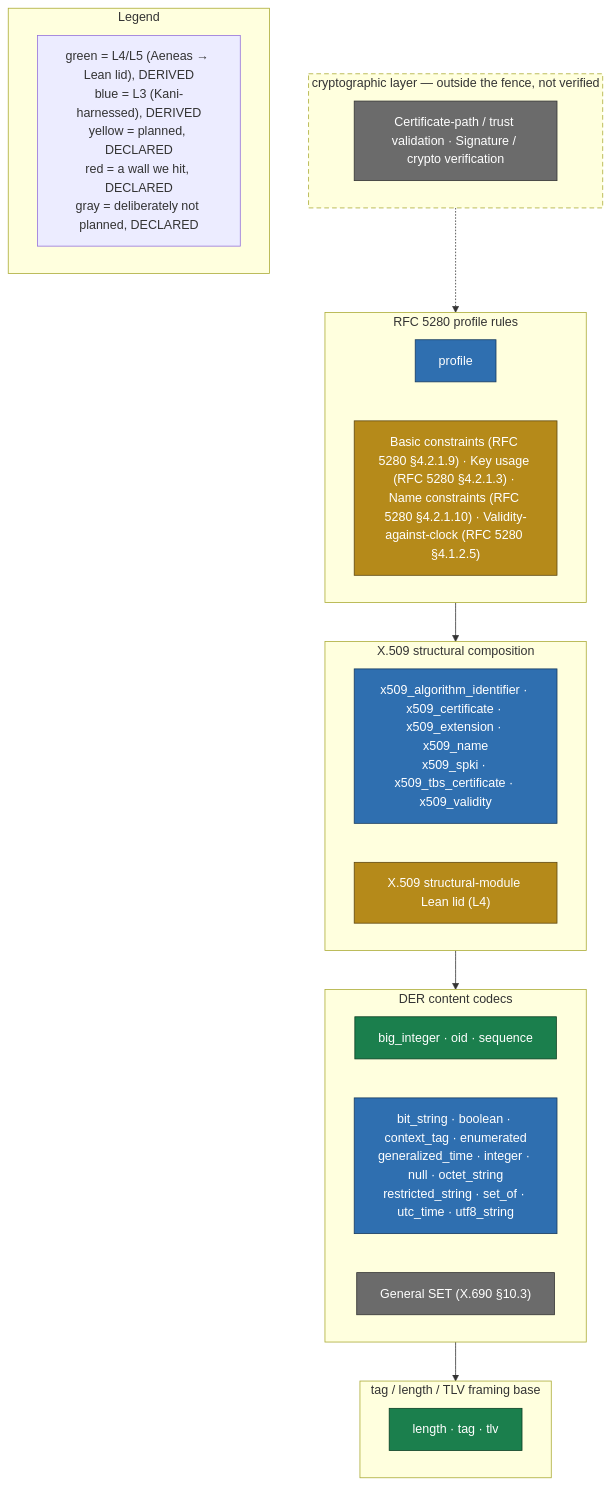
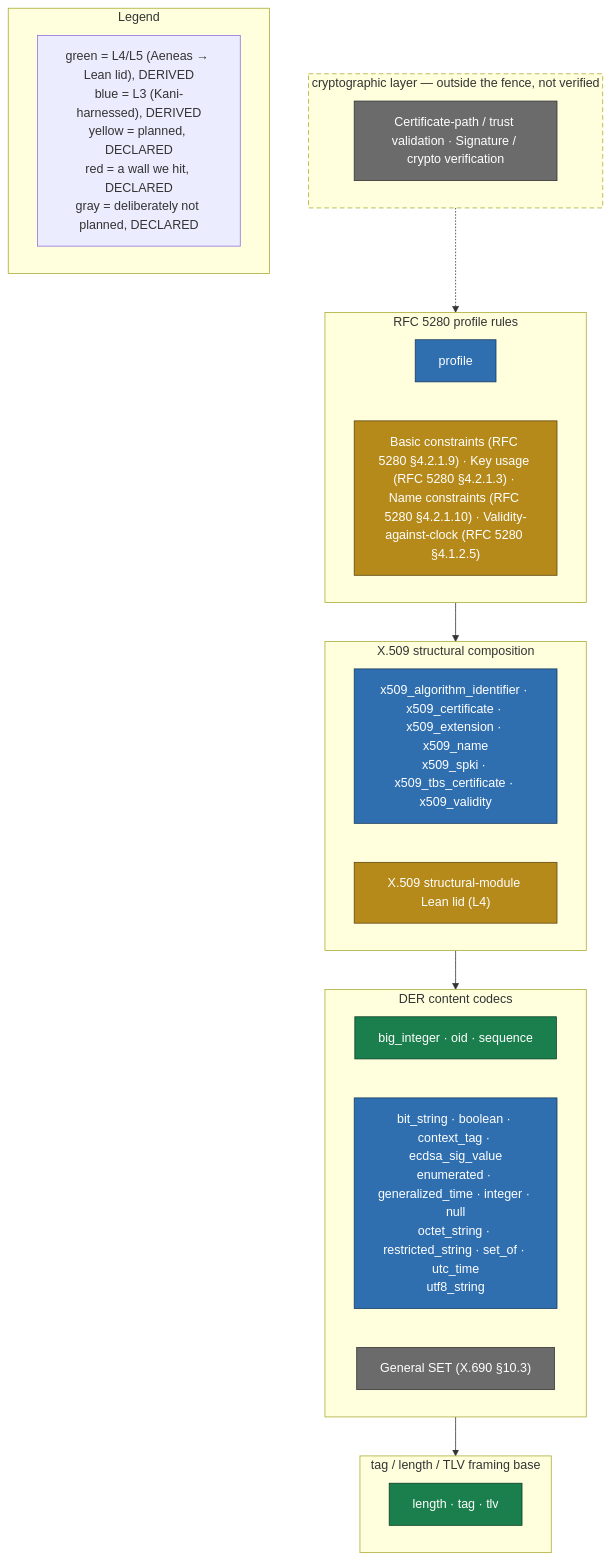
The diagram in README.md (ivmat/rs-verified-der), drawn with Mermaid before and after one commit. The commit also changed other lines of this file and 10 other files, not shown here.

````diff
--- a/README.md
+++ b/README.md
@@ -70,40 +77,40 @@
 ```mermaid
 flowchart TB
     classDef green fill:#1b7f4d,stroke:#0a3d22,color:#ffffff
     classDef blue fill:#2f6fb0,stroke:#173a5e,color:#ffffff
     classDef yellow fill:#b58a1a,stroke:#5c4610,color:#ffffff
     classDef red fill:#b3382a,stroke:#5c1a10,color:#ffffff
     classDef gray fill:#6b6b6b,stroke:#333333,color:#ffffff
 
     subgraph crypto_layer["cryptographic layer — outside the fence, not verified"]
         direction LR
         style crypto_layer stroke-dasharray: 6 4
         crypto_gray["Certificate-path / trust validation · Signature / crypto verification"]:::gray
     end
     subgraph profile_layer["RFC 5280 profile rules"]
         direction LR
         profile_blue["profile"]:::blue
         profile_yellow["Basic constraints (RFC 5280 §4.2.1.9) · Key usage (RFC 5280 §4.2.1.3) · Name constraints (RFC 5280 §4.2.1.10) · Validity-against-clock (RFC 5280 §4.1.2.5)"]:::yellow
     end
     subgraph structural_layer["X.509 structural composition"]
         direction LR
         structural_blue["x509_algorithm_identifier · x509_certificate · x509_extension · x509_name<br/>x509_spki · x509_tbs_certificate · x509_validity"]:::blue
         structural_yellow["X.509 structural-module Lean lid (L4)"]:::yellow
     end
     subgraph codecs_layer["DER content codecs"]
         direction LR
         codecs_green["big_integer · oid · sequence"]:::green
-        codecs_blue["bit_string · boolean · context_tag · enumerated<br/>generalized_time · integer · null · octet_string<br/>restricted_string · set_of · utc_time · utf8_string"]:::blue
+        codecs_blue["bit_string · boolean · context_tag · ecdsa_sig_value<br/>enumerated · generalized_time · integer · null<br/>octet_string · restricted_string · set_of · utc_time<br/>utf8_string"]:::blue
         codecs_gray["General SET (X.690 §10.3)"]:::gray
     end
     subgraph framing_layer["tag / length / TLV framing base"]
         direction LR
         framing_green["length · tag · tlv"]:::green
     end
 
     crypto_layer -.-> profile_layer --> structural_layer --> codecs_layer --> framing_layer
 
     subgraph legend["Legend"]
         legend_all["green = L4/L5 (Aeneas → Lean lid), DERIVED<br/>blue = L3 (Kani-harnessed), DERIVED<br/>yellow = planned, DECLARED<br/>red = a wall we hit, DECLARED<br/>gray = deliberately not planned, DECLARED"]
     end
 ```
````
